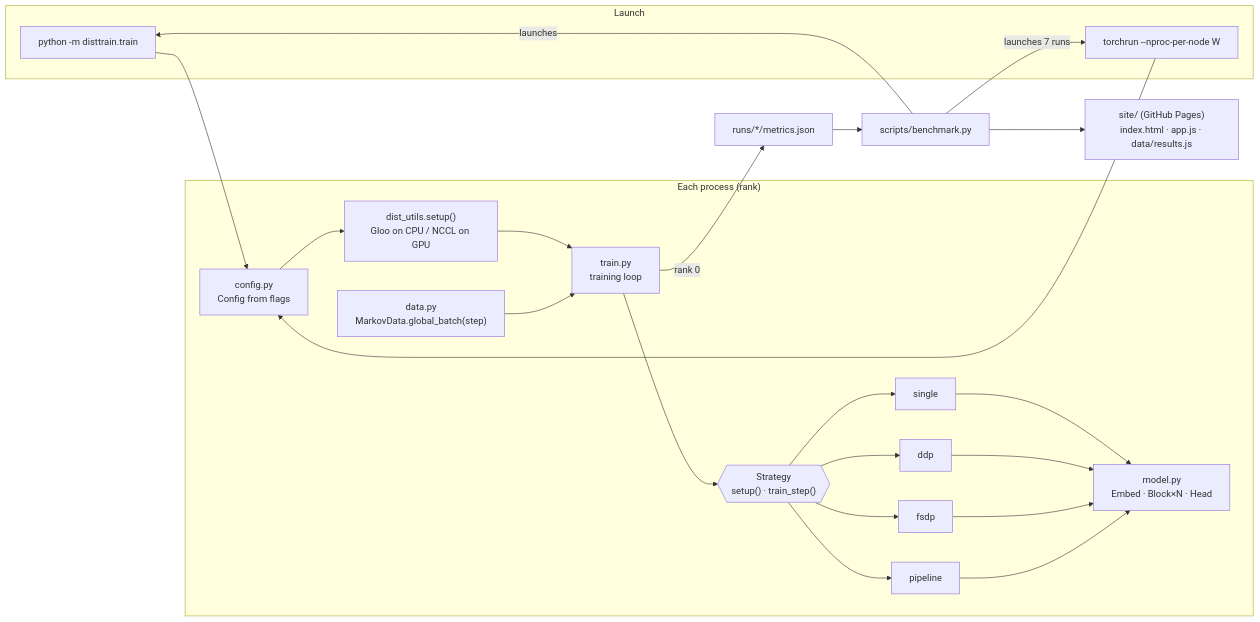
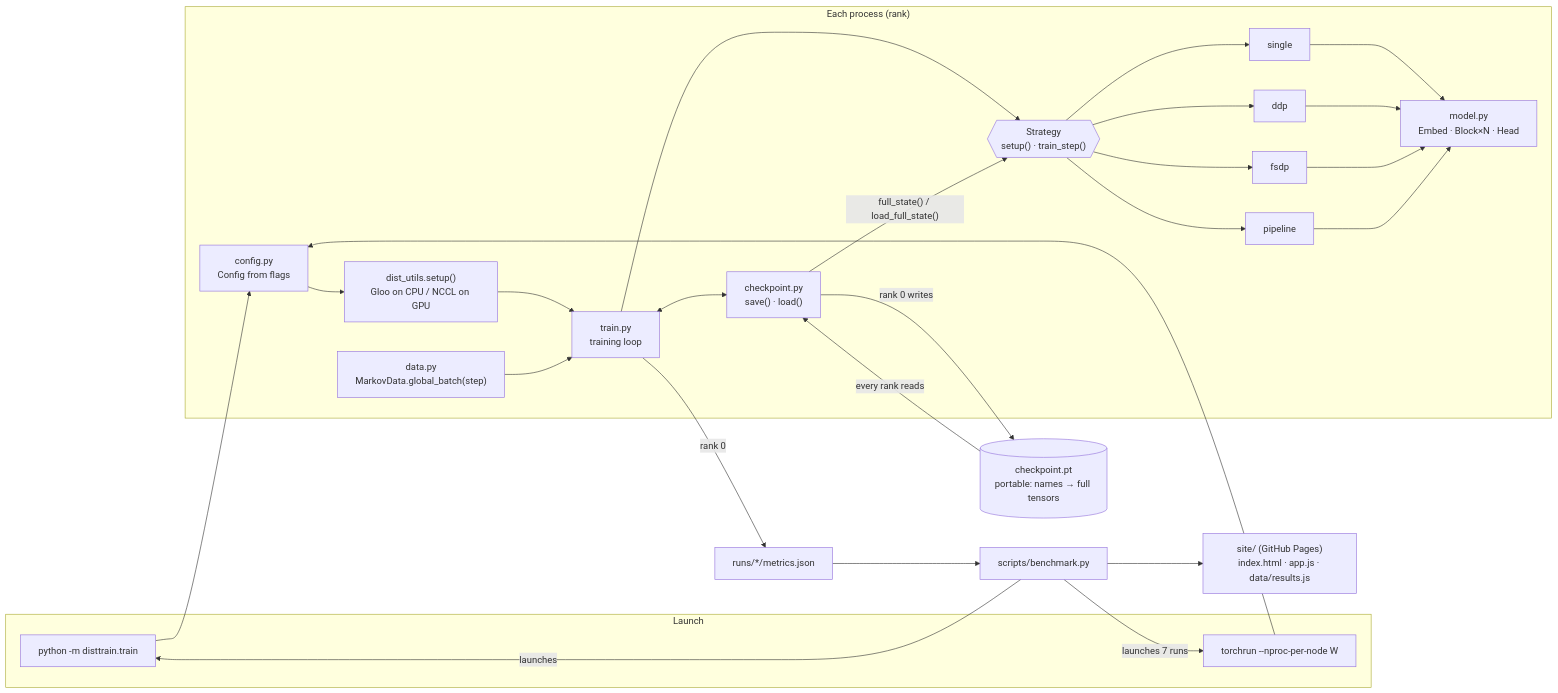
Before and after one commit to amalmehta/DistributedTraining: the diagram in docs/SYSTEM-DESIGN.md, drawn with Mermaid. The commit also changed other lines of this file and 15 other files, not shown here.

Commit message:
Add checkpoint save and resume, portable across strategies and process counts

````diff
--- a/docs/SYSTEM-DESIGN.md
+++ b/docs/SYSTEM-DESIGN.md
@@ -12,34 +13,40 @@
 ```mermaid
 flowchart LR
   subgraph launch["Launch"]
     PY["python -m disttrain.train"]
     TR["torchrun --nproc-per-node W"]
   end
   subgraph proc["Each process (rank)"]
     CFG["config.py<br/>Config from flags"]
     DU["dist_utils.setup()<br/>Gloo on CPU / NCCL on GPU"]
     DATA["data.py<br/>MarkovData.global_batch(step)"]
     LOOP["train.py<br/>training loop"]
     STRAT{{"Strategy<br/>setup() · train_step()"}}
     S1["single"]
     S2["ddp"]
     S3["fsdp"]
     S4["pipeline"]
     MODEL["model.py<br/>Embed · Block×N · Head"]
+    CK["checkpoint.py<br/>save() · load()"]
   end
+  CKF[("checkpoint.pt<br/>portable: names → full tensors")]
   OUT["runs/*/metrics.json"]
   BENCH["scripts/benchmark.py"]
   SITE["site/ (GitHub Pages)<br/>index.html · app.js · data/results.js"]
 
   PY --> CFG
   TR --> CFG
   CFG --> DU --> LOOP
   DATA --> LOOP
   LOOP --> STRAT
   STRAT --> S1 & S2 & S3 & S4
   S1 & S2 & S3 & S4 --> MODEL
   LOOP -- rank 0 --> OUT
+  LOOP <--> CK
+  CK -- "full_state() / load_full_state()" --> STRAT
+  CK -- rank 0 writes --> CKF
+  CKF -- every rank reads --> CK
   BENCH -- launches 7 runs --> TR
   BENCH -- launches --> PY
   OUT --> BENCH --> SITE
 ```
````
